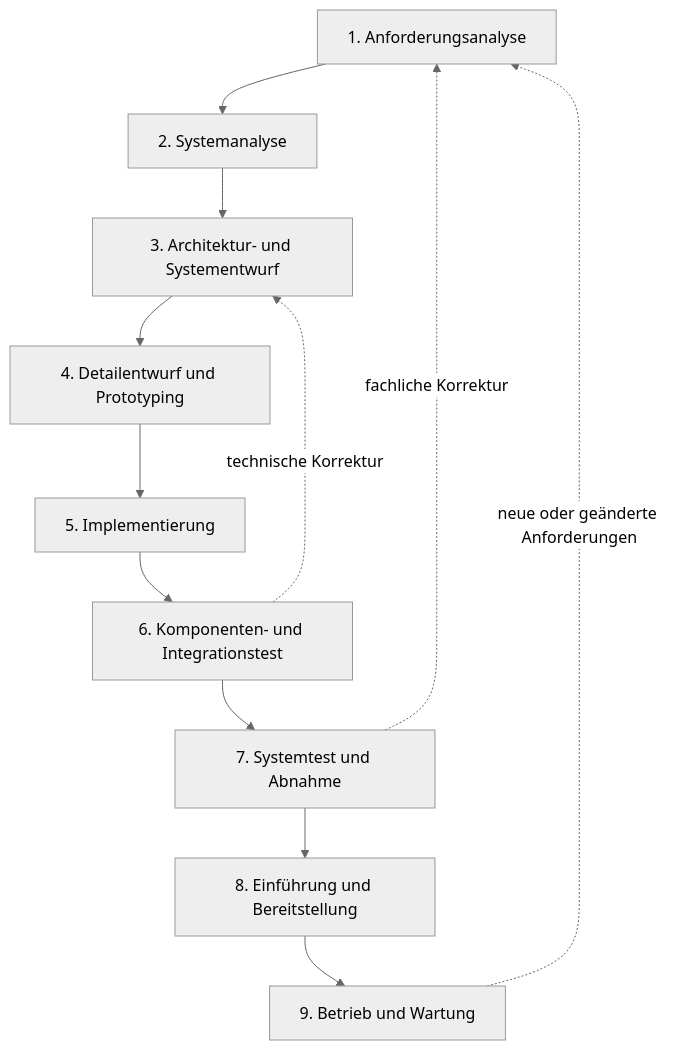
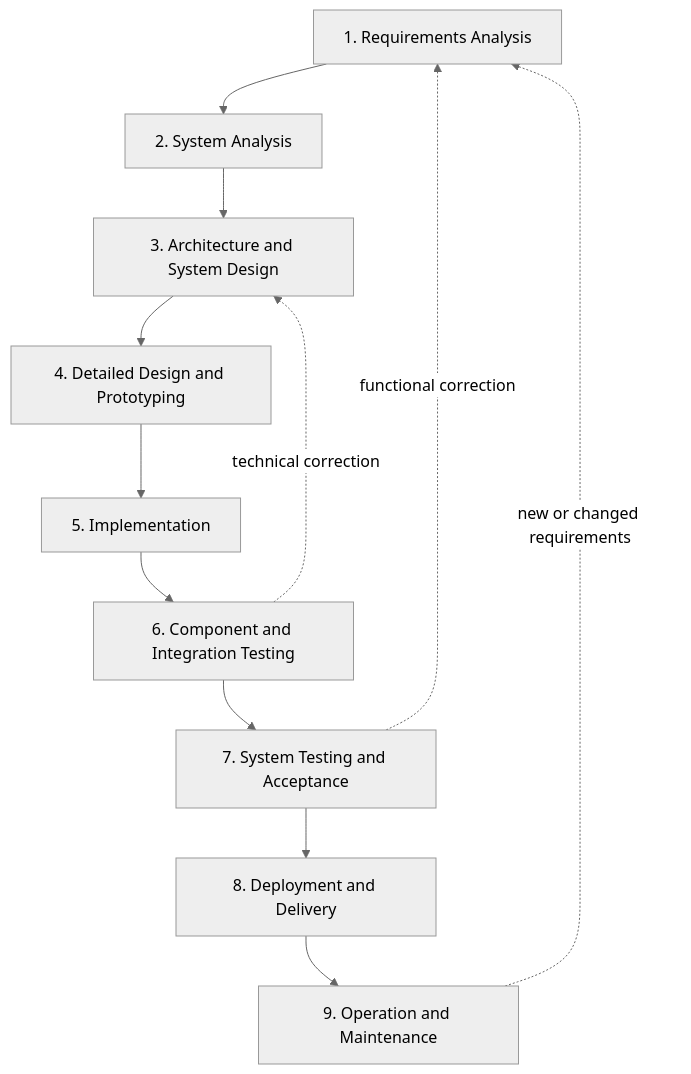
The diagram in docs/EXTENDED_WATERFALL.md (AntraXXXx/ProteusManager), drawn with Mermaid (neutral theme) before and after one commit. The commit also changed other lines of this file, not shown here.

````diff
--- a/docs/EXTENDED_WATERFALL.md
+++ b/docs/EXTENDED_WATERFALL.md
@@ -11,14 +10,14 @@
 ```mermaid
 flowchart TD
-    A["1. Anforderungsanalyse"] --> B["2. Systemanalyse"]
-    B --> C["3. Architektur- und Systementwurf"]
-    C --> D["4. Detailentwurf und Prototyping"]
-    D --> E["5. Implementierung"]
-    E --> F["6. Komponenten- und Integrationstest"]
-    F --> G["7. Systemtest und Abnahme"]
-    G --> H["8. Einführung und Bereitstellung"]
-    H --> I["9. Betrieb und Wartung"]
-    F -. "technische Korrektur" .-> C
-    G -. "fachliche Korrektur" .-> A
-    I -. "neue oder geänderte Anforderungen" .-> A
+    A["1. Requirements Analysis"] --> B["2. System Analysis"]
+    B --> C["3. Architecture and System Design"]
+    C --> D["4. Detailed Design and Prototyping"]
+    D --> E["5. Implementation"]
+    E --> F["6. Component and Integration Testing"]
+    F --> G["7. System Testing and Acceptance"]
+    G --> H["8. Deployment and Delivery"]
+    H --> I["9. Operation and Maintenance"]
+    F -. "technical correction" .-> C
+    G -. "functional correction" .-> A
+    I -. "new or changed requirements" .-> A
 ```
````
